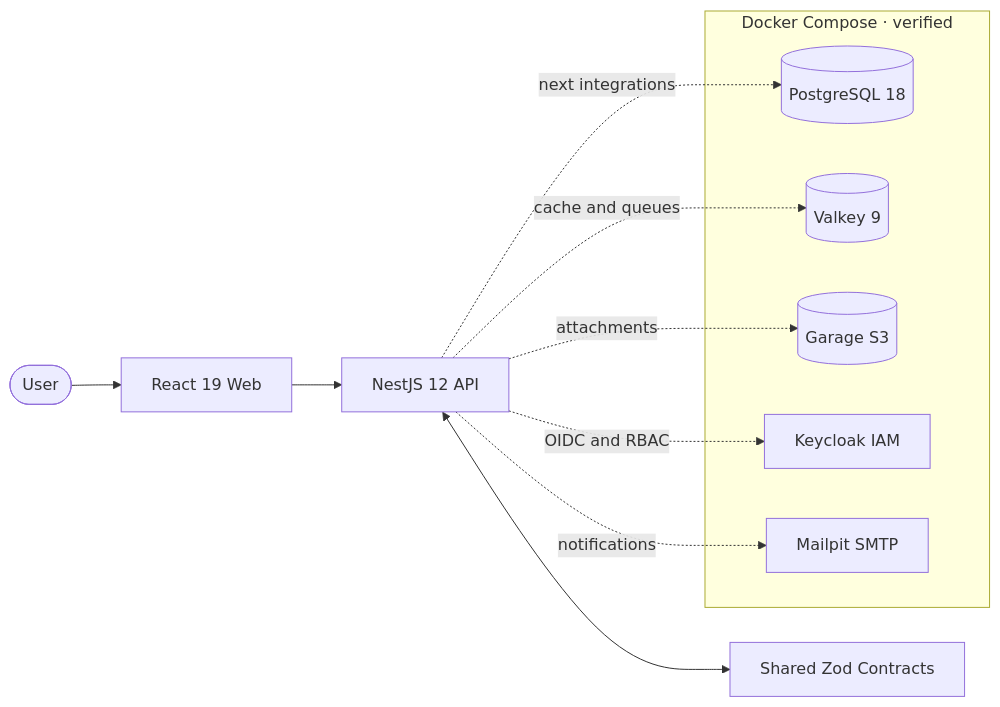
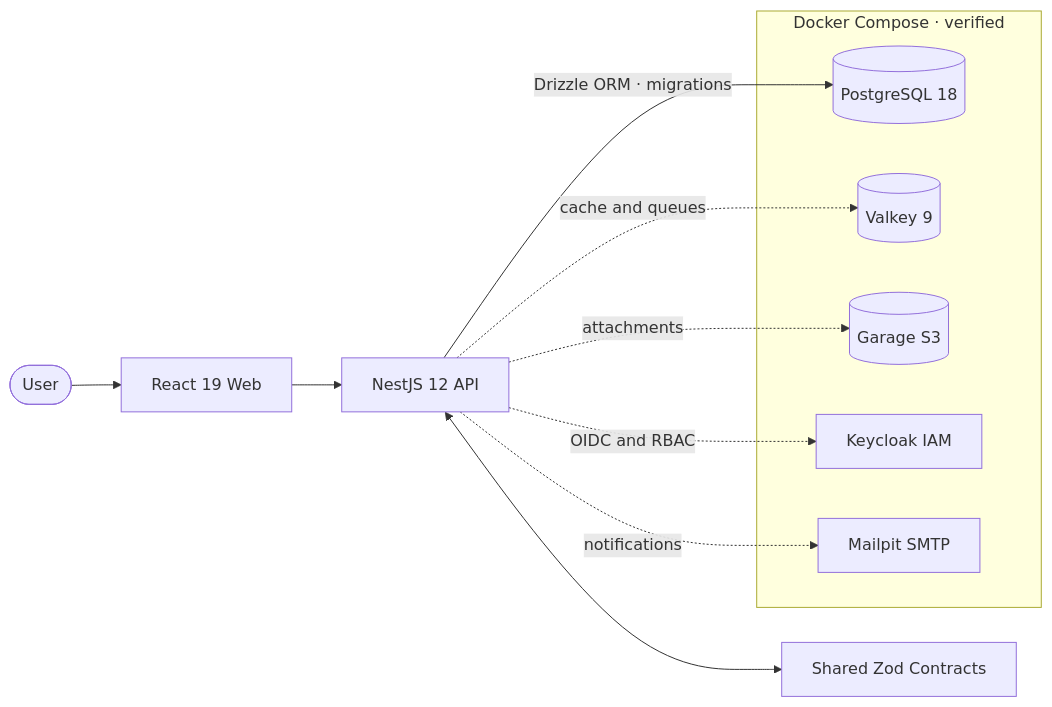
The diagram in README.md (uddorn/Tessera), drawn with Mermaid before and after one commit. The commit also changed other lines of this file, not shown here.

````diff
--- a/README.md
+++ b/README.md
@@ -34,20 +37,20 @@
 ```mermaid
 flowchart LR
     User([User]) --> Web[React 19 Web]
     Web --> API[NestJS 12 API]
     API <--> Shared[Shared Zod Contracts]
 
     subgraph Infrastructure[Docker Compose · verified]
         PostgreSQL[(PostgreSQL 18)]
         Valkey[(Valkey 9)]
         Garage[(Garage S3)]
         Keycloak[Keycloak IAM]
         Mailpit[Mailpit SMTP]
     end
 
-    API -. next integrations .-> PostgreSQL
+    API -->|Drizzle ORM · migrations| PostgreSQL
     API -. cache and queues .-> Valkey
     API -. attachments .-> Garage
     API -. OIDC and RBAC .-> Keycloak
     API -. notifications .-> Mailpit
 ```
````
